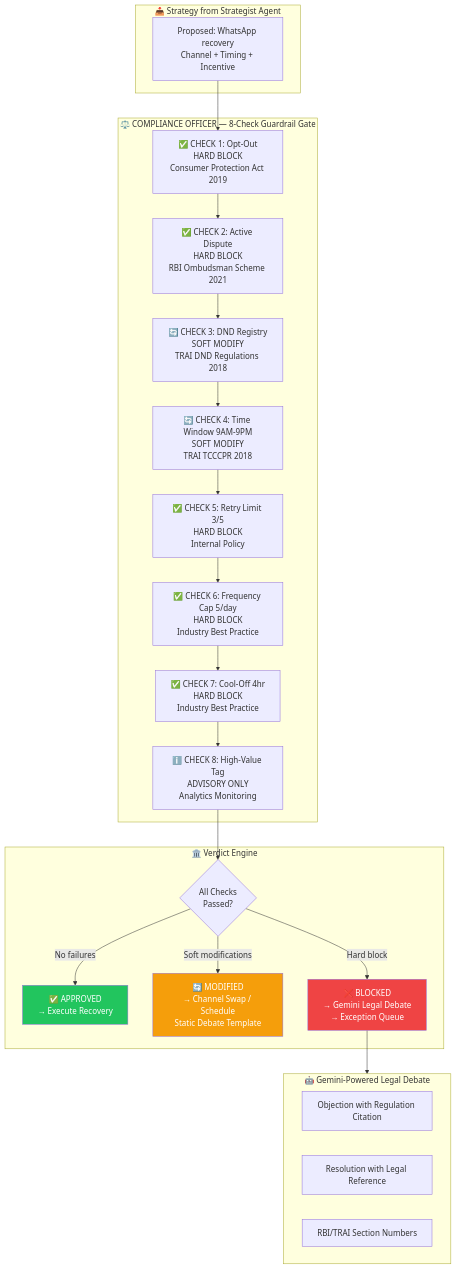
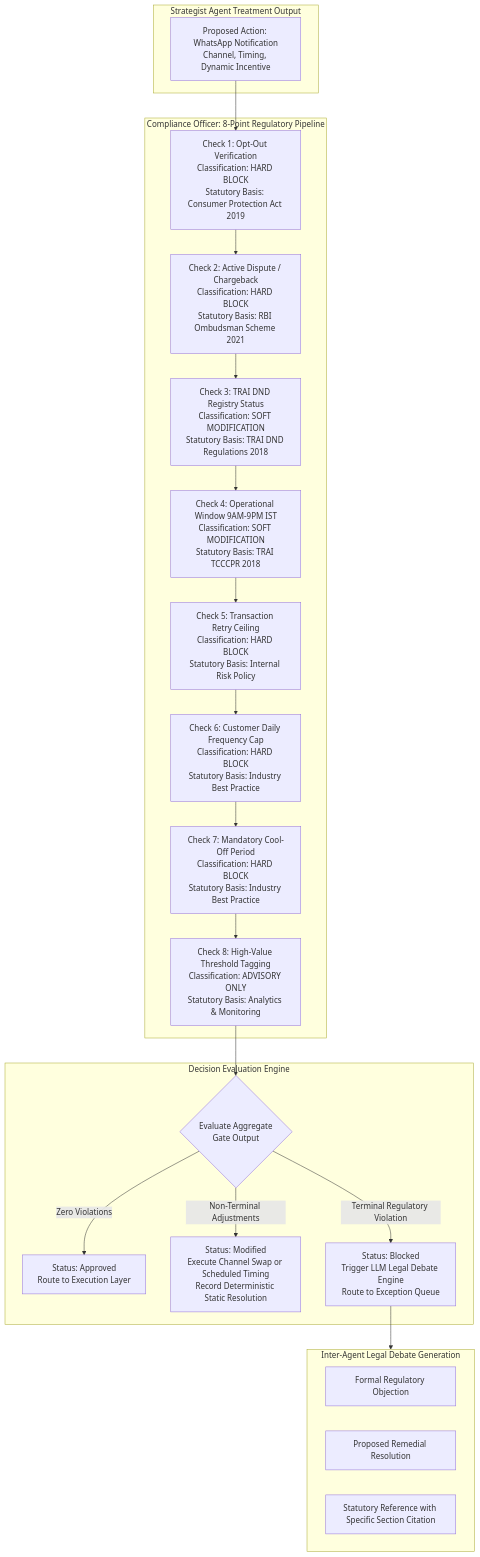
One commit to Gagan202005/recover-ai changed the fourth of 10 diagrams in README.md. Above: the diagram before and after it, drawn with Mermaid. The commit also changed other lines of this file, not shown here.

````diff
--- a/README.md
+++ b/README.md
@@ -280,43 +279,39 @@
 ```mermaid
 flowchart TB
-    subgraph INPUT["📥 Strategy from Strategist Agent"]
-        Strategy[Proposed: WhatsApp recovery<br/>Channel + Timing + Incentive]
+    subgraph InputState["Strategist Agent Treatment Output"]
+        Strategy[Proposed Action: WhatsApp Notification<br/>Channel, Timing, Dynamic Incentive]
     end
 
-    subgraph GATE["⚖️ COMPLIANCE OFFICER — 8-Check Guardrail Gate"]
-        C1["✅ CHECK 1: Opt-Out<br/>HARD BLOCK<br/>Consumer Protection Act 2019"]
-        C2["✅ CHECK 2: Active Dispute<br/>HARD BLOCK<br/>RBI Ombudsman Scheme 2021"]
-        C3["🔄 CHECK 3: DND Registry<br/>SOFT MODIFY<br/>TRAI DND Regulations 2018"]
-        C4["🔄 CHECK 4: Time Window 9AM-9PM<br/>SOFT MODIFY<br/>TRAI TCCCPR 2018"]
-        C5["✅ CHECK 5: Retry Limit 3/5<br/>HARD BLOCK<br/>Internal Policy"]
-        C6["✅ CHECK 6: Frequency Cap 5/day<br/>HARD BLOCK<br/>Industry Best Practice"]
-        C7["✅ CHECK 7: Cool-Off 4hr<br/>HARD BLOCK<br/>Industry Best Practice"]
-        C8["ℹ️ CHECK 8: High-Value Tag<br/>ADVISORY ONLY<br/>Analytics Monitoring"]
+    subgraph GatePipeline["Compliance Officer: 8-Point Regulatory Pipeline"]
+        C1["Check 1: Opt-Out Verification<br/>Classification: HARD BLOCK<br/>Statutory Basis: Consumer Protection Act 2019"]
+        C2["Check 2: Active Dispute / Chargeback<br/>Classification: HARD BLOCK<br/>Statutory Basis: RBI Ombudsman Scheme 2021"]
+        C3["Check 3: TRAI DND Registry Status<br/>Classification: SOFT MODIFICATION<br/>Statutory Basis: TRAI DND Regulations 2018"]
+        C4["Check 4: Operational Window 9AM-9PM IST<br/>Classification: SOFT MODIFICATION<br/>Statutory Basis: TRAI TCCCPR 2018"]
+        C5["Check 5: Transaction Retry Ceiling<br/>Classification: HARD BLOCK<br/>Statutory Basis: Internal Risk Policy"]
+        C6["Check 6: Customer Daily Frequency Cap<br/>Classification: HARD BLOCK<br/>Statutory Basis: Industry Best Practice"]
+        C7["Check 7: Mandatory Cool-Off Period<br/>Classification: HARD BLOCK<br/>Statutory Basis: Industry Best Practice"]
+        C8["Check 8: High-Value Threshold Tagging<br/>Classification: ADVISORY ONLY<br/>Statutory Basis: Analytics & Monitoring"]
     end
 
-    subgraph VERDICT["🏛️ Verdict Engine"]
-        V{All Checks<br/>Passed?}
-        Approved["✅ APPROVED<br/>→ Execute Recovery"]
-        Modified["🔄 MODIFIED<br/>→ Channel Swap / Schedule<br/>Static Debate Template"]
-        Blocked["❌ BLOCKED<br/>→ Gemini Legal Debate<br/>→ Exception Queue"]
+    subgraph EvaluationEngine["Decision Evaluation Engine"]
+        V{Evaluate Aggregate<br/>Gate Output}
+        Approved["Status: Approved<br/>Route to Execution Layer"]
+        Modified["Status: Modified<br/>Execute Channel Swap or Scheduled Timing<br/>Record Deterministic Static Resolution"]
+        Blocked["Status: Blocked<br/>Trigger LLM Legal Debate Engine<br/>Route to Exception Queue"]
     end
 
-    subgraph DEBATE["🤖 Gemini-Powered Legal Debate"]
-        Obj[Objection with Regulation Citation]
-        Res[Resolution with Legal Reference]
-        Cit[RBI/TRAI Section Numbers]
+    subgraph DebateSynthesis["Inter-Agent Legal Debate Generation"]
+        Obj[Formal Regulatory Objection]
+        Res[Proposed Remedial Resolution]
+        Cit[Statutory Reference with Specific Section Citation]
     end
 
     Strategy --> C1 --> C2 --> C3 --> C4 --> C5 --> C6 --> C7 --> C8
 
     C8 --> V
-    V -->|No failures| Approved
-    V -->|Soft modifications| Modified
-    V -->|Hard block| Blocked
+    V -->|Zero Violations| Approved
+    V -->|Non-Terminal Adjustments| Modified
+    V -->|Terminal Regulatory Violation| Blocked
 
-    Blocked --> DEBATE
-    
-    style Approved fill:#22c55e,color:#fff
-    style Modified fill:#f59e0b,color:#fff
-    style Blocked fill:#ef4444,color:#fff
+    Blocked --> DebateSynthesis
 ```
````
